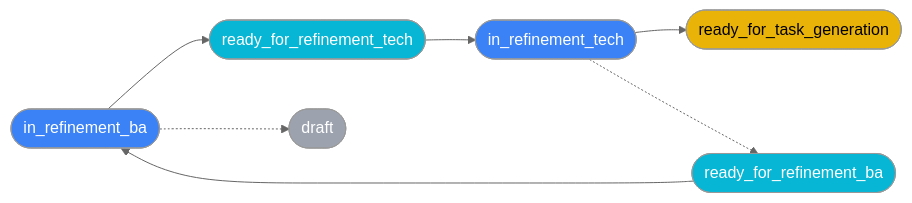
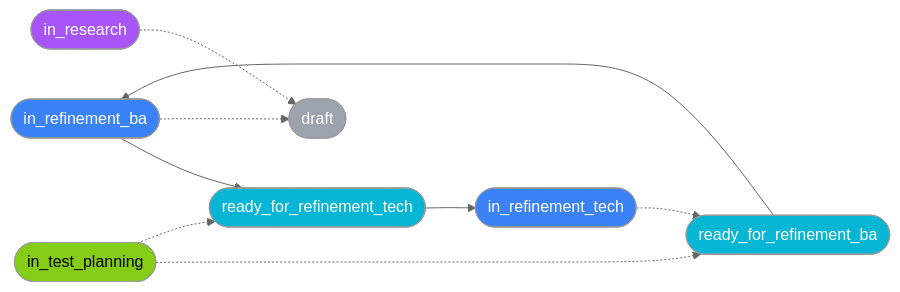
One commit to jwwelbor/shark-task-manager changed the fifth of 8 diagrams in docs/guides/multi-level-workflow.md. Above: the diagram before and after it, drawn with Mermaid (neutral theme). The commit also changed other lines of this file and 1 other file, not shown here.

````diff
--- a/docs/guides/multi-level-workflow.md
+++ b/docs/guides/multi-level-workflow.md
@@ -161,16 +223,21 @@
 ```mermaid
 flowchart LR
+    ir([in_research]):::purple -.-> draft([draft]):::gray
+
     irba([in_refinement_ba]):::blue --> rfrt([ready_for_refinement_tech]):::cyan
-    irba -.-> draft([draft]):::gray
+    irba -.-> draft
 
     rfrt --> irrt([in_refinement_tech]):::blue
-    irrt --> rftg([ready_for_task_generation]):::yellow
     irrt -.-> rfba([ready_for_refinement_ba]):::cyan
+
+    itp([in_test_planning]):::lime -.-> rfba
+    itp -.-> rfrt([ready_for_refinement_tech]):::cyan
 
     rfba --> irba
 
     classDef gray fill:#9ca3af,color:#fff
+    classDef purple fill:#a855f7,color:#fff
     classDef cyan fill:#06b6d4,color:#fff
     classDef blue fill:#3b82f6,color:#fff
-    classDef yellow fill:#eab308,color:#000
+    classDef lime fill:#84cc16,color:#000
 ```
````
